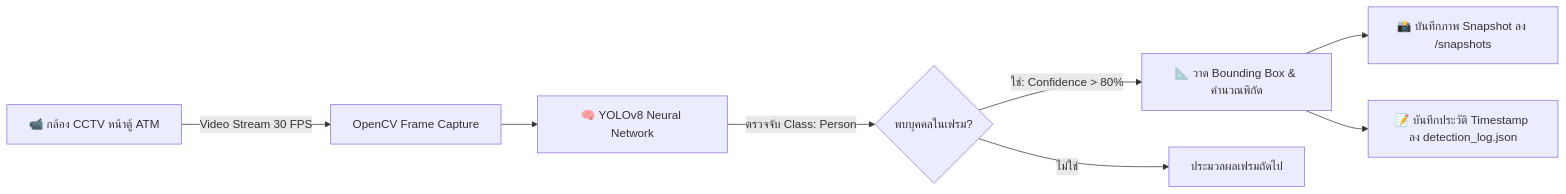
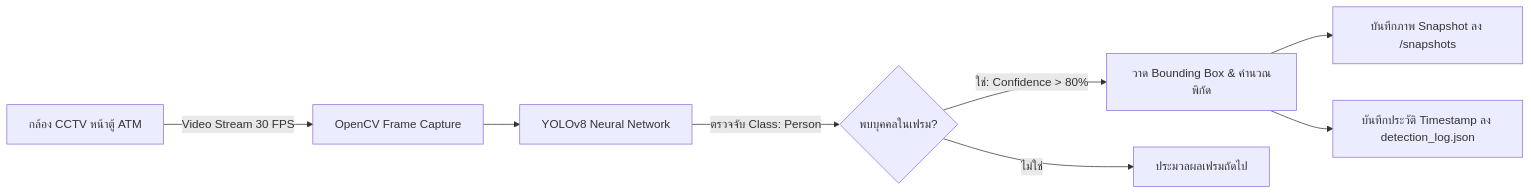
The fifth of 9 diagrams in README.md (FANG9356/MyProject), drawn with Mermaid before and after one commit. The commit also changed other lines of this file and 47 other files, not shown here.

````diff
--- a/README.md
+++ b/README.md
@@ -247,10 +247,10 @@
 ```mermaid
 flowchart LR
-    A[📹 กล้อง CCTV หน้าตู้ ATM] -->|Video Stream 30 FPS| B[OpenCV Frame Capture]
-    B --> C[🧠 YOLOv8 Neural Network]
-    C -->|ตรวจจับ Class: Person| D{พบบุคคลในเฟรม?}
-    D -->|ใช่: Confidence > 80%| E[📐 วาด Bounding Box & คำนวณพิกัด]
-    E --> F[📸 บันทึกภาพ Snapshot ลง /snapshots]
-    E --> G[📝 บันทึกประวัติ Timestamp ลง detection_log.json]
-    D -->|ไม่ใช่| H[ประมวลผลเฟรมถัดไป]
+ A[กล้อง CCTV หน้าตู้ ATM] -->|Video Stream 30 FPS| B[OpenCV Frame Capture]
+ B --> C[YOLOv8 Neural Network]
+ C -->|ตรวจจับ Class: Person| D{พบบุคคลในเฟรม?}
+ D -->|ใช่: Confidence > 80%| E[วาด Bounding Box & คำนวณพิกัด]
+ E --> F[บันทึกภาพ Snapshot ลง /snapshots]
+ E --> G[บันทึกประวัติ Timestamp ลง detection_log.json]
+ D -->|ไม่ใช่| H[ประมวลผลเฟรมถัดไป]
 ```
````
